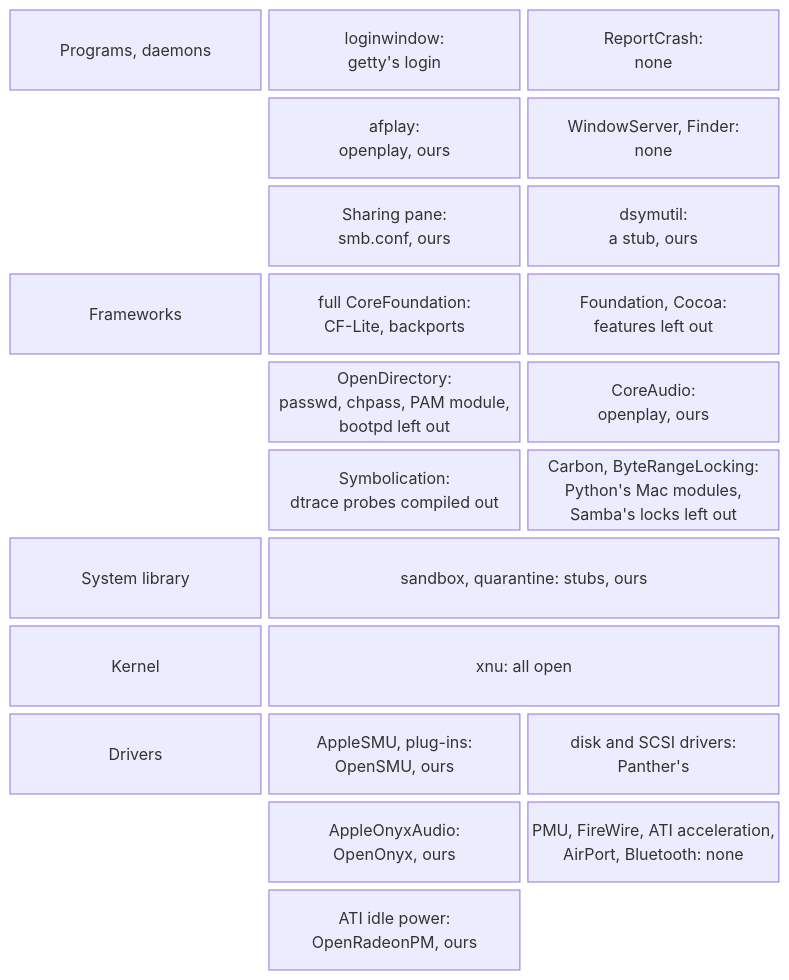
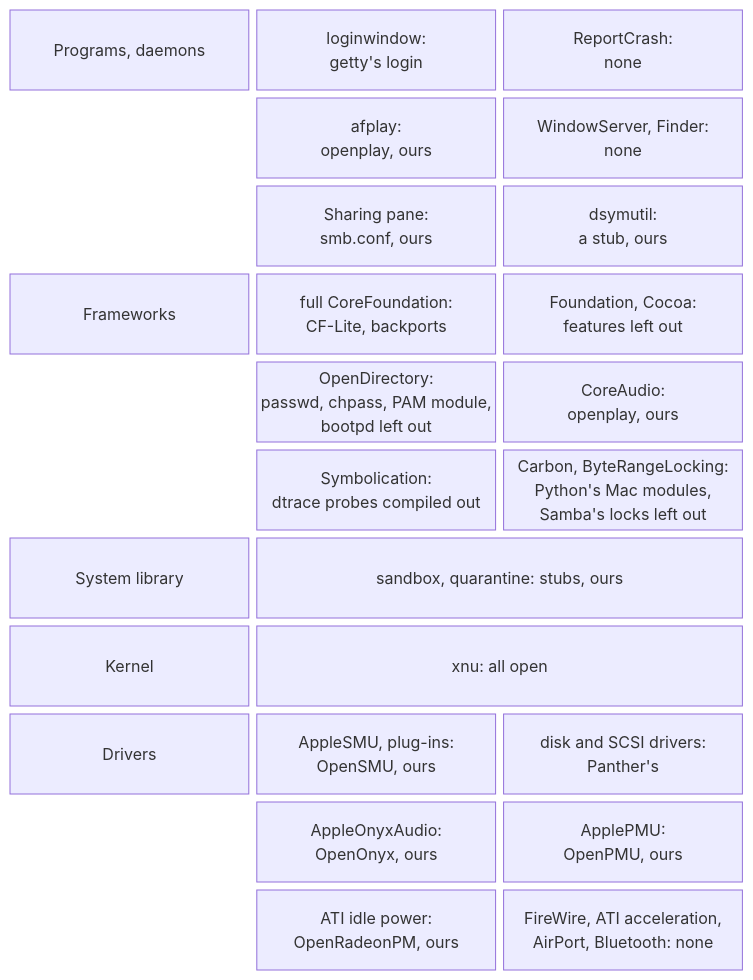
The diagram in docs/src/synthesis/what-stays-closed.md (nyg/PowerDarwin), drawn with Mermaid before and after one commit. The commit also changed other lines of this file and 28 other files, not shown here.

Commit message:
feat: add OpenPMU, an open stand-in for ApplePMU's clock, restart and power-off (#13)

````diff
--- a/docs/src/synthesis/what-stays-closed.md
+++ b/docs/src/synthesis/what-stays-closed.md
@@ -25,15 +25,15 @@
 ```mermaid
 block-beta
     columns 3
     p["Programs, daemons"] p1["loginwindow:<br/>getty's login"] p2["ReportCrash:<br/>none"]
     space p3["afplay:<br/>openplay, ours"] p4["WindowServer, Finder:<br/>none"]
     space p5["Sharing pane:<br/>smb.conf, ours"] p6["dsymutil:<br/>a stub, ours"]
     f["Frameworks"] f1["full CoreFoundation:<br/>CF-Lite, backports"] f2["Foundation, Cocoa:<br/>features left out"]
     space f3["OpenDirectory:<br/>passwd, chpass, PAM module,<br/>bootpd left out"] f4["CoreAudio:<br/>openplay, ours"]
     space f5["Symbolication:<br/>dtrace probes compiled out"] f6["Carbon, ByteRangeLocking:<br/>Python's Mac modules,<br/>Samba's locks left out"]
     l["System library"] l1["sandbox, quarantine: stubs, ours"]:2
     k["Kernel"] k1["xnu: all open"]:2
     d["Drivers"] d1["AppleSMU, plug-ins:<br/>OpenSMU, ours"] d2["disk and SCSI drivers:<br/>Panther's"]
-    space d3["AppleOnyxAudio:<br/>OpenOnyx, ours"] d4["PMU, FireWire, ATI acceleration,<br/>AirPort, Bluetooth: none"]
-    space d5["ATI idle power:<br/>OpenRadeonPM, ours"] space
+    space d3["AppleOnyxAudio:<br/>OpenOnyx, ours"] d4["ApplePMU:<br/>OpenPMU, ours"]
+    space d5["ATI idle power:<br/>OpenRadeonPM, ours"] d6["FireWire, ATI acceleration,<br/>AirPort, Bluetooth: none"]
 ```
````
